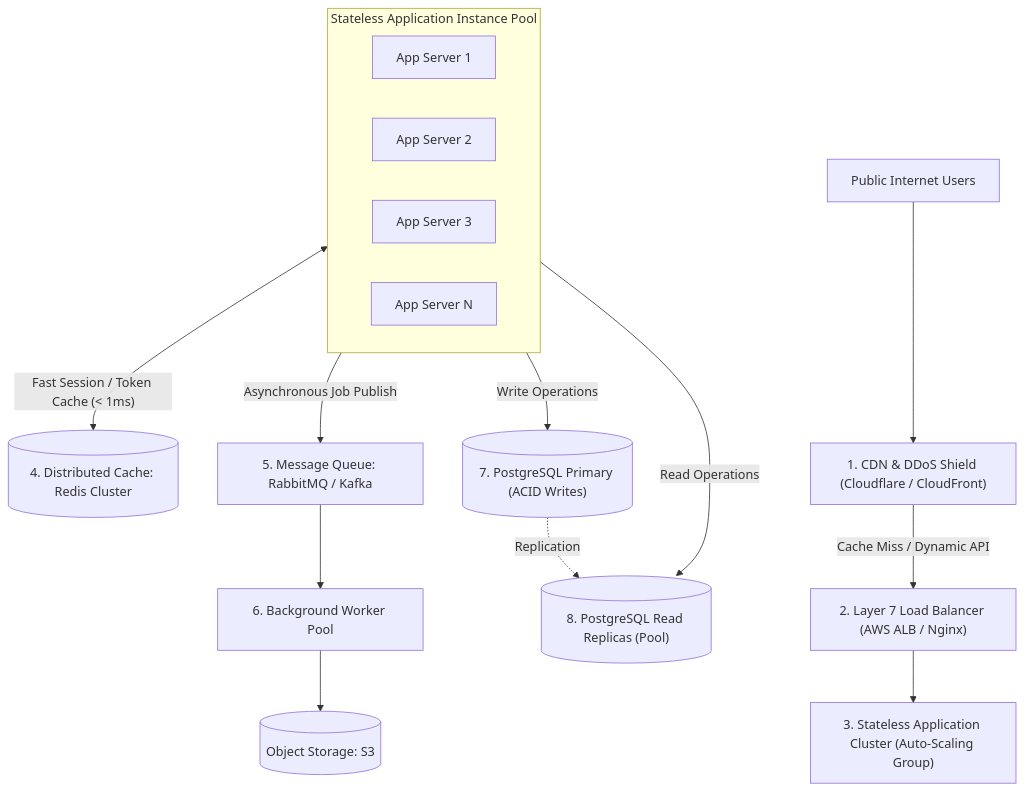
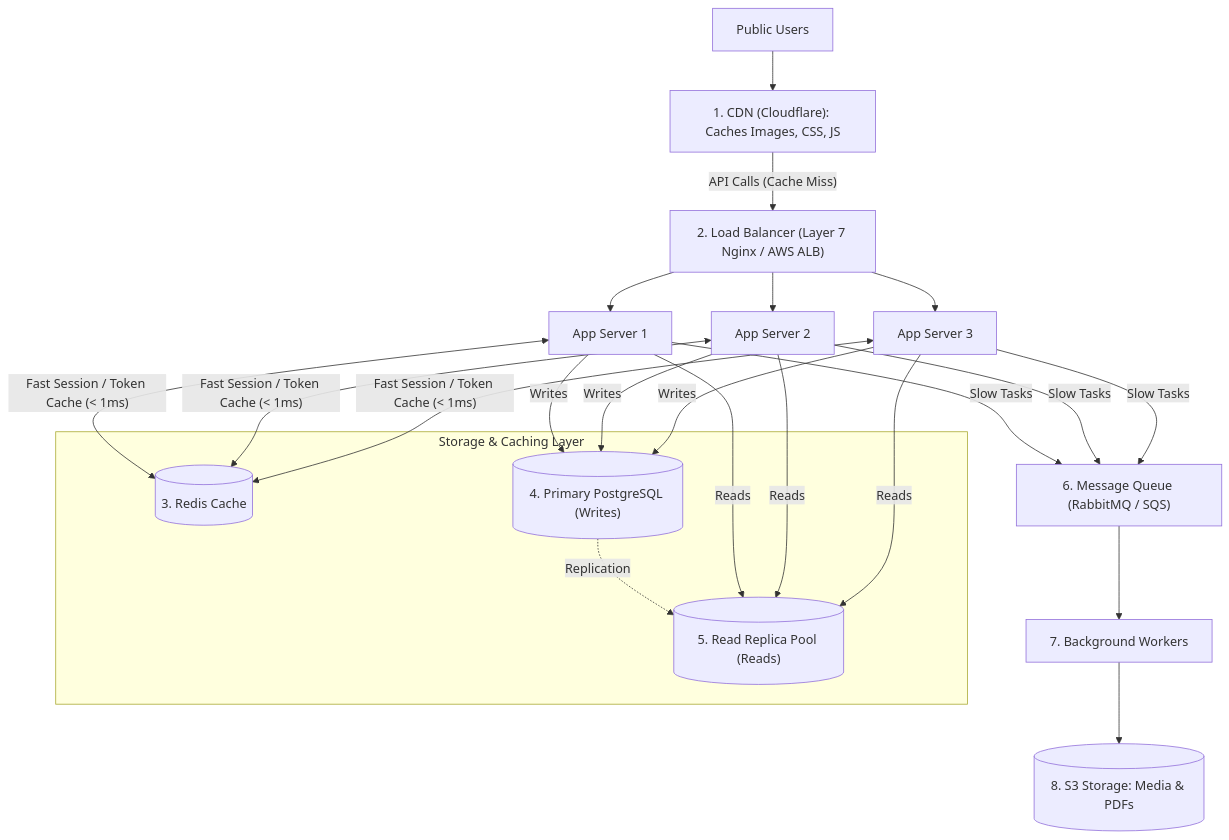
One commit to Sujalkathait/high-level-design changed the seventh of 9 diagrams in server.md. Above: the diagram before and after it, drawn with Mermaid. The commit also changed other lines of this file, not shown here.

Commit message:
docs: simplify server guide, add free vs paid comparison, and clean formatting

````diff
--- a/server.md
+++ b/server.md
@@ -524,24 +484,24 @@
 ```mermaid
 flowchart TD
-    Internet["Public Internet Users"] --> CDN["1. CDN & DDoS Shield (Cloudflare / CloudFront)"]
-    CDN -->|"Cache Miss / Dynamic API"| LB["2. Layer 7 Load Balancer (AWS ALB / Nginx)"]
+    Users["Public Users"] --> CDN["1. CDN (Cloudflare): Caches Images, CSS, JS"]
+    CDN -->|"API Calls (Cache Miss)"| LB["2. Load Balancer (Layer 7 Nginx / AWS ALB)"]
     
-    LB --> AppCluster["3. Stateless Application Cluster (Auto-Scaling Group)"]
-    
-    subgraph AppClusterNode ["Stateless Application Instance Pool"]
-        App1["App Server 1"]
-        App2["App Server 2"]
-        App3["App Server 3"]
-        AppN["App Server N"]
+    LB --> App1["App Server 1"]
+    LB --> App2["App Server 2"]
+    LB --> App3["App Server 3"]
+
+    subgraph StorageTier ["Storage & Caching Layer"]
+        Redis[("3. Redis Cache")]
+        PrimaryDB[("4. Primary PostgreSQL (Writes)")]
+        ReplicaDB[("5. Read Replica Pool (Reads)")]
+        PrimaryDB -.->|"Replication"| ReplicaDB
     end
-    
-    AppClusterNode <-->|"Fast Session / Token Cache (< 1ms)"| RedisCluster[("4. Distributed Cache: Redis Cluster")]
-    AppClusterNode -->|"Asynchronous Job Publish"| MessageQueue["5. Message Queue: RabbitMQ / Kafka"]
-    
-    MessageQueue --> Workers["6. Background Worker Pool"]
-    Workers --> S3[("Object Storage: S3")]
-    
-    AppClusterNode -->|"Write Operations"| PrimaryDB[("7. PostgreSQL Primary (ACID Writes)")]
-    AppClusterNode -->|"Read Operations"| ReadReplicas[("8. PostgreSQL Read Replicas (Pool)")]
-    PrimaryDB -.->|"Replication"| ReadReplicas
+
+    App1 & App2 & App3 <-->|"Fast Session / Token Cache (< 1ms)"| Redis
+    App1 & App2 & App3 -->|"Writes"| PrimaryDB
+    App1 & App2 & App3 -->|"Reads"| ReplicaDB
+
+    App1 & App2 & App3 -->|"Slow Tasks"| Queue["6. Message Queue (RabbitMQ / SQS)"]
+    Queue --> Workers["7. Background Workers"]
+    Workers --> S3[("8. S3 Storage: Media & PDFs")]
 ```
````
